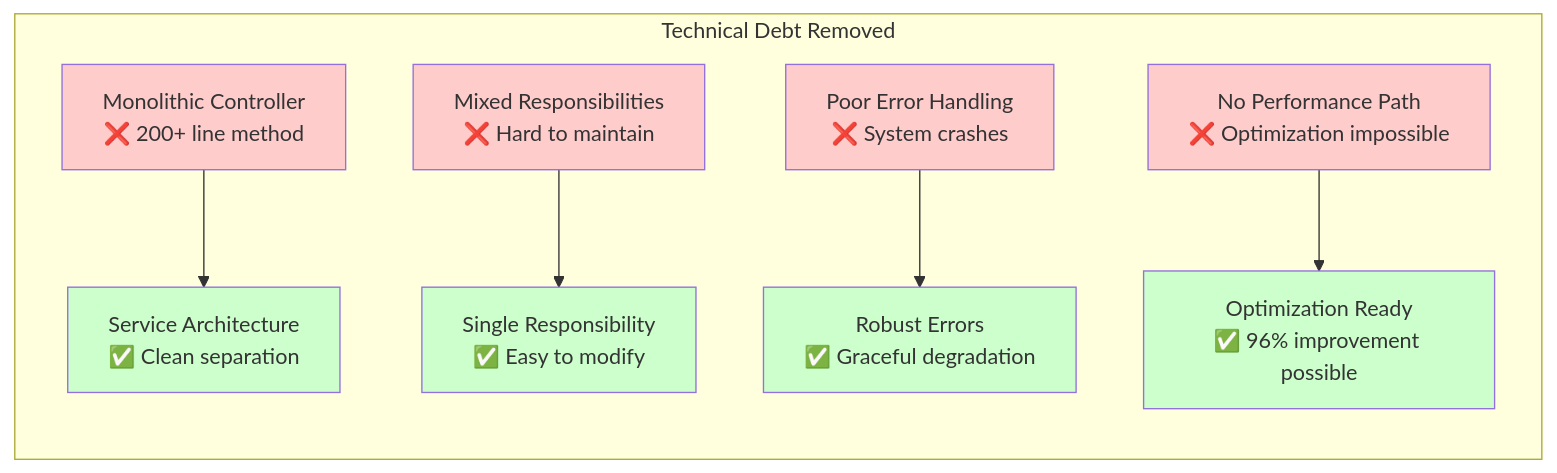
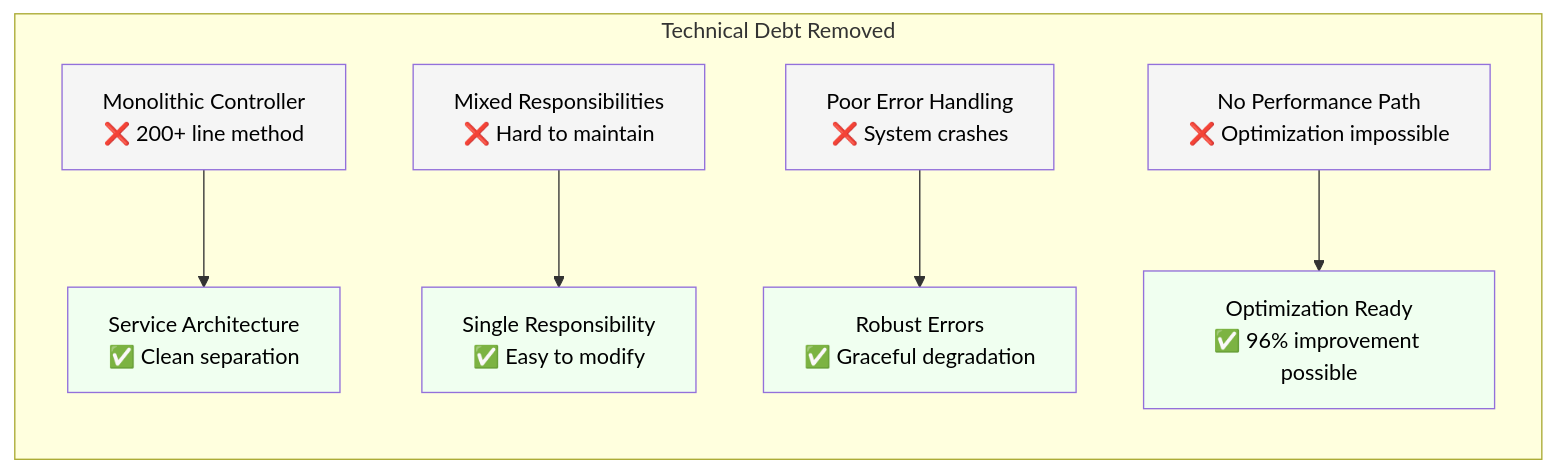
One commit to TodoLegal/TodoLegal changed diagram 14 of 14 in docs/get_raw_law_refactor/LAW_DISPLAY_ARCHITECTURE_GUIDE.md. Above: the diagram before and after it, drawn with Mermaid. The commit also changed other lines of this file, not shown here.

````diff
--- a/docs/get_raw_law_refactor/LAW_DISPLAY_ARCHITECTURE_GUIDE.md
+++ b/docs/get_raw_law_refactor/LAW_DISPLAY_ARCHITECTURE_GUIDE.md
@@ -568,18 +568,18 @@
 ```mermaid
 graph LR
     subgraph "Technical Debt Removed"
         D1[Monolithic Controller<br/>❌ 200+ line method] --> R1[Service Architecture<br/>✅ Clean separation]
         D2[Mixed Responsibilities<br/>❌ Hard to maintain] --> R2[Single Responsibility<br/>✅ Easy to modify]
         D3[Poor Error Handling<br/>❌ System crashes] --> R3[Robust Errors<br/>✅ Graceful degradation]
         D4[No Performance Path<br/>❌ Optimization impossible] --> R4[Optimization Ready<br/>✅ 96% improvement possible]
         
-        style D1 fill:#ffcccc
-        style D2 fill:#ffcccc
-        style D3 fill:#ffcccc
-        style D4 fill:#ffcccc
-        style R1 fill:#ccffcc
-        style R2 fill:#ccffcc
-        style R3 fill:#ccffcc
-        style R4 fill:#ccffcc
+        style D1 fill:#f5f5f5,color:#000000
+        style D2 fill:#f5f5f5,color:#000000
+        style D3 fill:#f5f5f5,color:#000000
+        style D4 fill:#f5f5f5,color:#000000
+        style R1 fill:#f0fff0,color:#000000
+        style R2 fill:#f0fff0,color:#000000
+        style R3 fill:#f0fff0,color:#000000
+        style R4 fill:#f0fff0,color:#000000
     end
 ```
````
